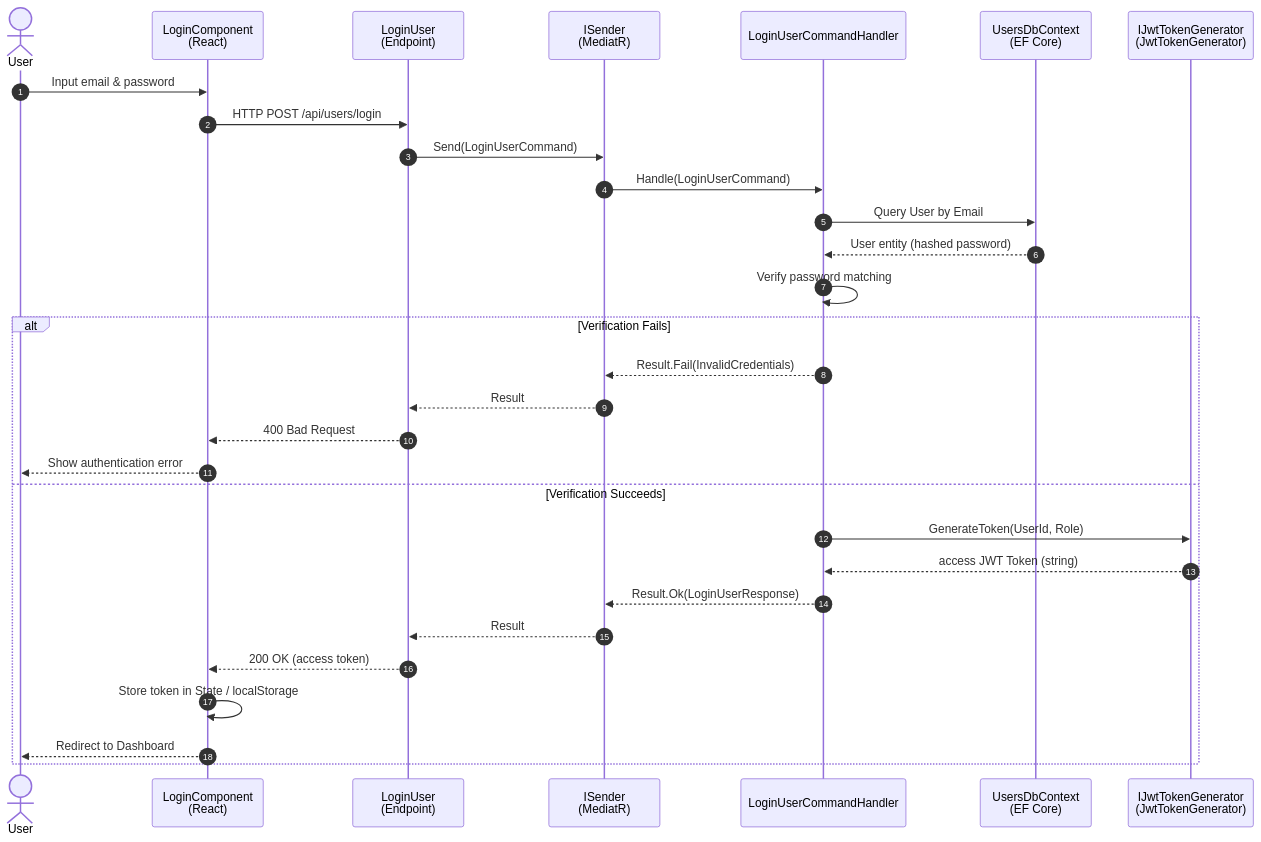
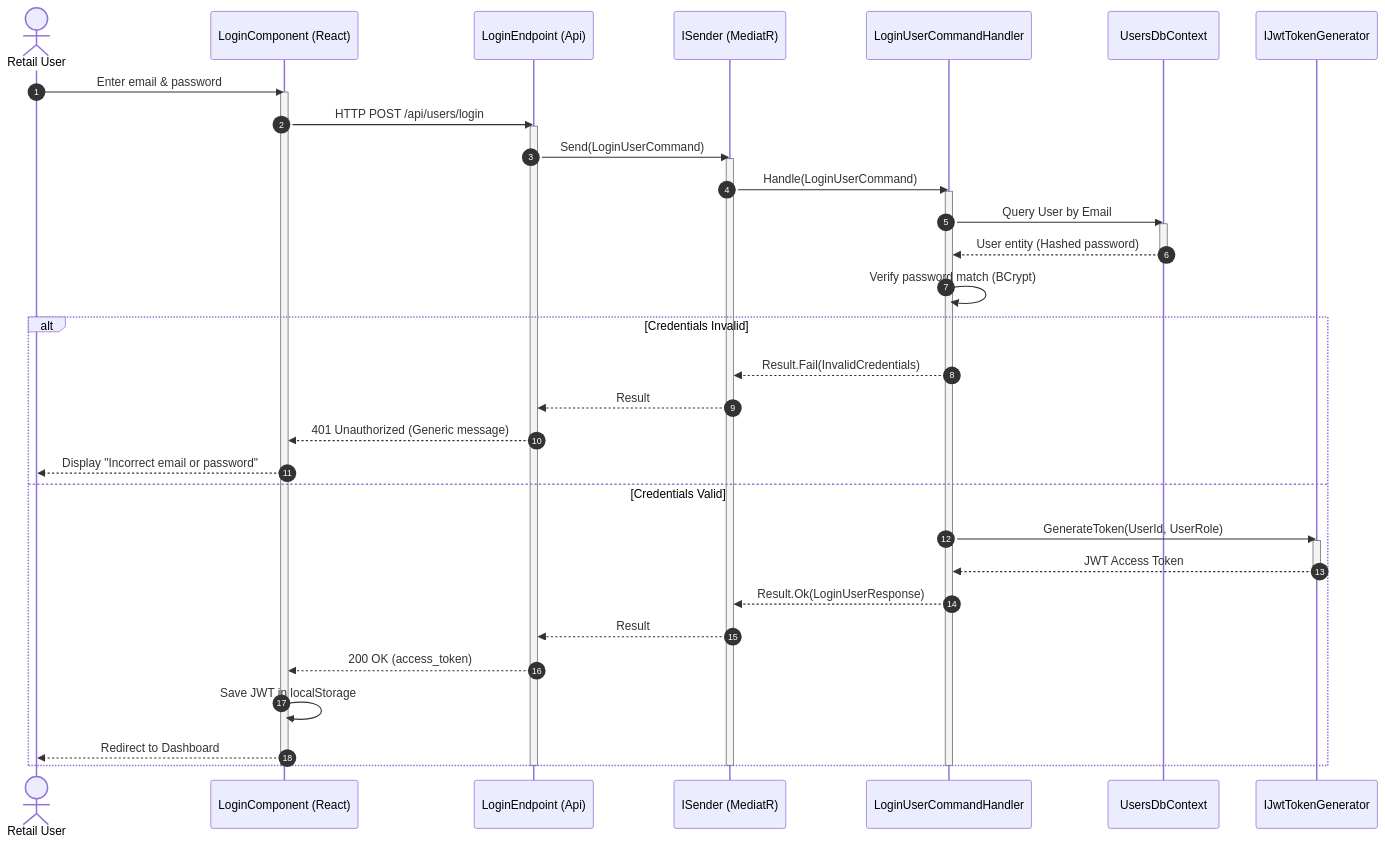
Before and after one commit to DA7-WTDS/Graduation-project: the second of 5 diagrams in SEQUENCE_DIAGRAM.md, drawn with Mermaid. The commit also changed other lines of this file and 2 other files, not shown here.

Commit message:
docs: refactor UML diagrams for standard compliance and add comprehensive documentation for QuantWise architecture.

````diff
--- a/SEQUENCE_DIAGRAM.md
+++ b/SEQUENCE_DIAGRAM.md
@@ -43,34 +56,49 @@
 ```mermaid
 sequenceDiagram
     autonumber
-    actor User
-    participant Login as LoginComponent<br/>(React)
-    participant Endpoint as LoginUser<br/>(Endpoint)
-    participant MediatR as ISender<br/>(MediatR)
+    actor User as Retail User
+    participant UI as LoginComponent (React)
+    participant API as LoginEndpoint (Api)
+    participant Mediator as ISender (MediatR)
     participant Handler as LoginUserCommandHandler
-    participant DB as UsersDbContext<br/>(EF Core)
-    participant Generator as IJwtTokenGenerator<br/>(JwtTokenGenerator)
+    participant DB as UsersDbContext
+    participant TokenGen as IJwtTokenGenerator
 
-    User->>Login: Input email & password
-    Login->>Endpoint: HTTP POST /api/users/login
-    Endpoint->>MediatR: Send(LoginUserCommand)
-    MediatR->>Handler: Handle(LoginUserCommand)
+    User->>UI: Enter email & password
+    activate UI
+    UI->>API: HTTP POST /api/users/login
+    activate API
+    API->>Mediator: Send(LoginUserCommand)
+    activate Mediator
+    Mediator->>Handler: Handle(LoginUserCommand)
+    activate Handler
+
     Handler->>DB: Query User by Email
-    DB-->>Handler: User entity (hashed password)
-    Handler->>Handler: Verify password matching
-    
-    alt Verification Fails
-        Handler-->>MediatR: Result.Fail(InvalidCredentials)
-        MediatR-->>Endpoint: Result
-        Endpoint-->>Login: 400 Bad Request
-        Login-->>User: Show authentication error
-    else Verification Succeeds
-        Handler->>Generator: GenerateToken(UserId, Role)
-        Generator-->>Handler: access JWT Token (string)
-        Handler-->>MediatR: Result.Ok(LoginUserResponse)
-        MediatR-->>Endpoint: Result
-        Endpoint-->>Login: 200 OK (access token)
-        Login->>Login: Store token in State / localStorage
-        Login-->>User: Redirect to Dashboard
+    activate DB
+    DB-->>Handler: User entity (Hashed password)
+    deactivate DB
+
+    Handler->>Handler: Verify password match (BCrypt)
+
+    alt Credentials Invalid
+        Handler-->>Mediator: Result.Fail(InvalidCredentials)
+        Mediator-->>API: Result
+        API-->>UI: 401 Unauthorized (Generic message)
+        UI-->>User: Display "Incorrect email or password"
+    else Credentials Valid
+        Handler->>TokenGen: GenerateToken(UserId, UserRole)
+        activate TokenGen
+        TokenGen-->>Handler: JWT Access Token
+        deactivate TokenGen
+        Handler-->>Mediator: Result.Ok(LoginUserResponse)
+        Mediator-->>API: Result
+        API-->>UI: 200 OK (access_token)
+        UI->>UI: Save JWT in localStorage
+        UI-->>User: Redirect to Dashboard
     end
+
+    deactivate Handler
+    deactivate Mediator
+    deactivate API
+    deactivate UI
 ```
````
